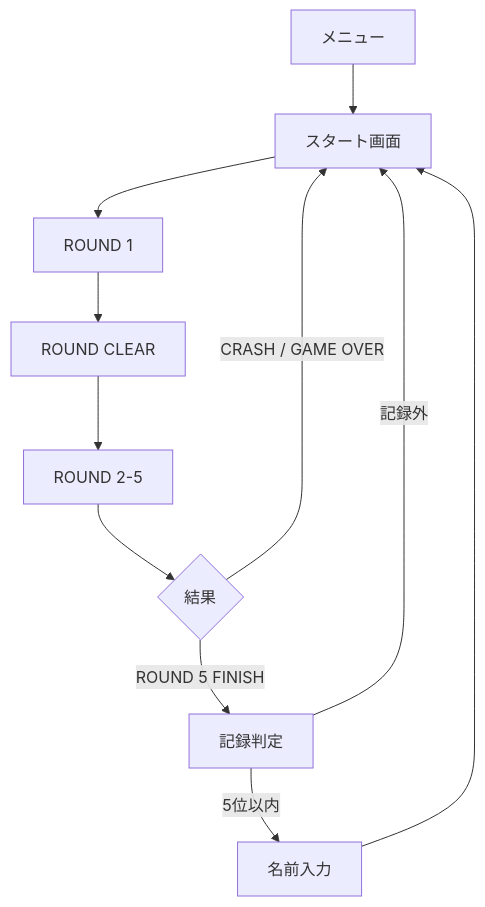
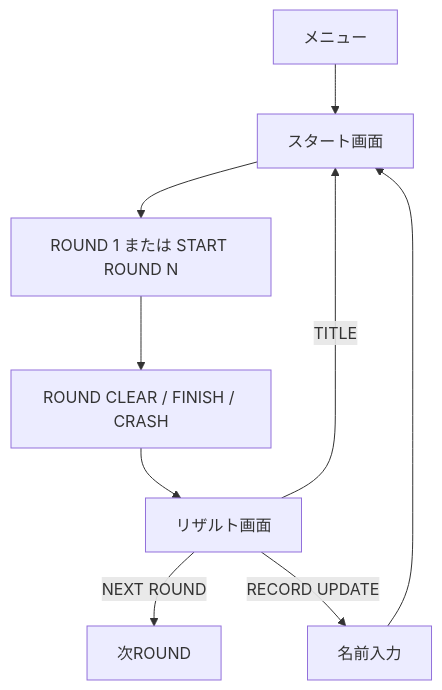
The diagram in docs/airrace.md (ssnshino/rust-sandbox), drawn with Mermaid before and after one commit. The commit also changed other lines of this file and 12 other files, not shown here.

Commit message:
Refactor airrace UI and grand prix flow

````diff
--- a/docs/airrace.md
+++ b/docs/airrace.md
@@ -14,13 +14,11 @@
 ```mermaid
 flowchart TD
     A[メニュー] --> B[スタート画面]
-    B --> C[ROUND 1]
-    C --> D[ROUND CLEAR]
-    D --> E[ROUND 2-5]
-    E --> F{結果}
-    F -->|ROUND 5 FINISH| G[記録判定]
-    F -->|CRASH / GAME OVER| B
-    G -->|5位以内| H[名前入力]
-    G -->|記録外| B
-    H --> B
+    B --> C["ROUND 1 または START ROUND N"]
+    C --> D[ROUND CLEAR / FINISH / CRASH]
+    D --> E[リザルト画面]
+    E -->|NEXT ROUND| F[次ROUND]
+    E -->|TITLE| B
+    E -->|RECORD UPDATE| G[名前入力]
+    G --> B
 ```
````
